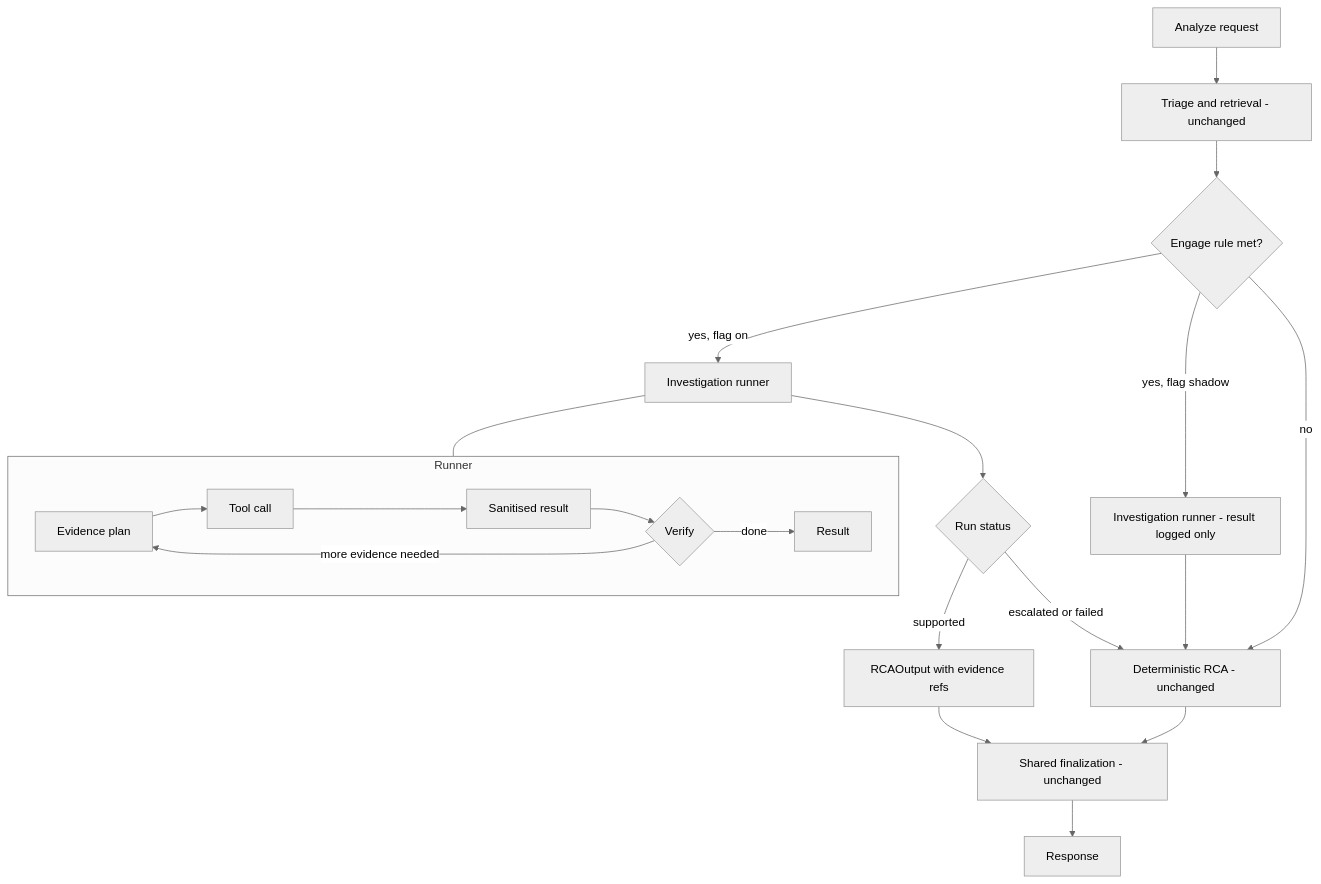
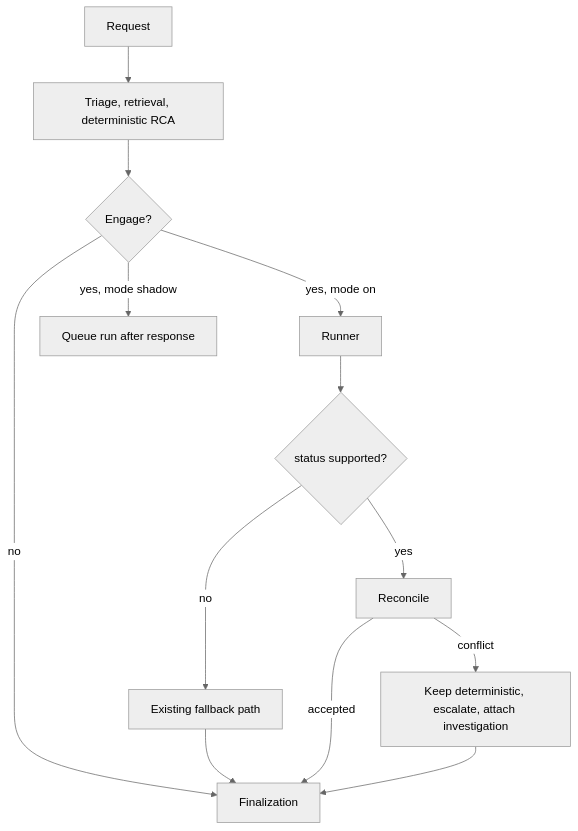
Before and after one commit to vcumar123-hue/SLM_SRE_Agent: the diagram in docs/RELEASE_2_DESIGN.md, drawn with Mermaid (neutral theme). The commit also changed other lines of this file and 1 other file, not shown here.

First line of the commit message:
Release 2 design and plan, revision 2: address owner review

````diff
--- a/docs/RELEASE_2_DESIGN.md
+++ b/docs/RELEASE_2_DESIGN.md
@@ -53,23 +102,13 @@
 ```mermaid
 flowchart TD
-  A[Analyze request] --> B[Triage and retrieval - unchanged]
-  B --> C{Engage rule met?}
-  C -- no --> D[Deterministic RCA - unchanged]
-  C -- yes, flag on --> E[Investigation runner]
-  C -- yes, flag shadow --> E2[Investigation runner - result logged only]
-  E2 --> D
-  E --> F{Run status}
-  F -- supported --> G[RCAOutput with evidence refs]
-  F -- escalated or failed --> D
-  D --> H[Shared finalization - unchanged]
-  G --> H
-  H --> I[Response]
-  subgraph Runner
-    P[Evidence plan] --> T[Tool call]
-    T --> R[Sanitised result]
-    R --> V{Verify}
-    V -- more evidence needed --> P
-    V -- done --> O[Result]
-  end
-  E --- Runner
+  A[Request] --> B[Triage, retrieval, deterministic RCA]
+  B --> C{Engage?}
+  C -- no --> F[Finalization]
+  C -- yes, mode on --> D[Runner]
+  C -- yes, mode shadow --> Q[Queue run after response]
+  D --> S{status supported?}
+  S -- no --> G[Existing fallback path] --> F
+  S -- yes --> R[Reconcile]
+  R -- accepted --> F
+  R -- conflict --> E[Keep deterministic, escalate, attach investigation] --> F
 ```
````
